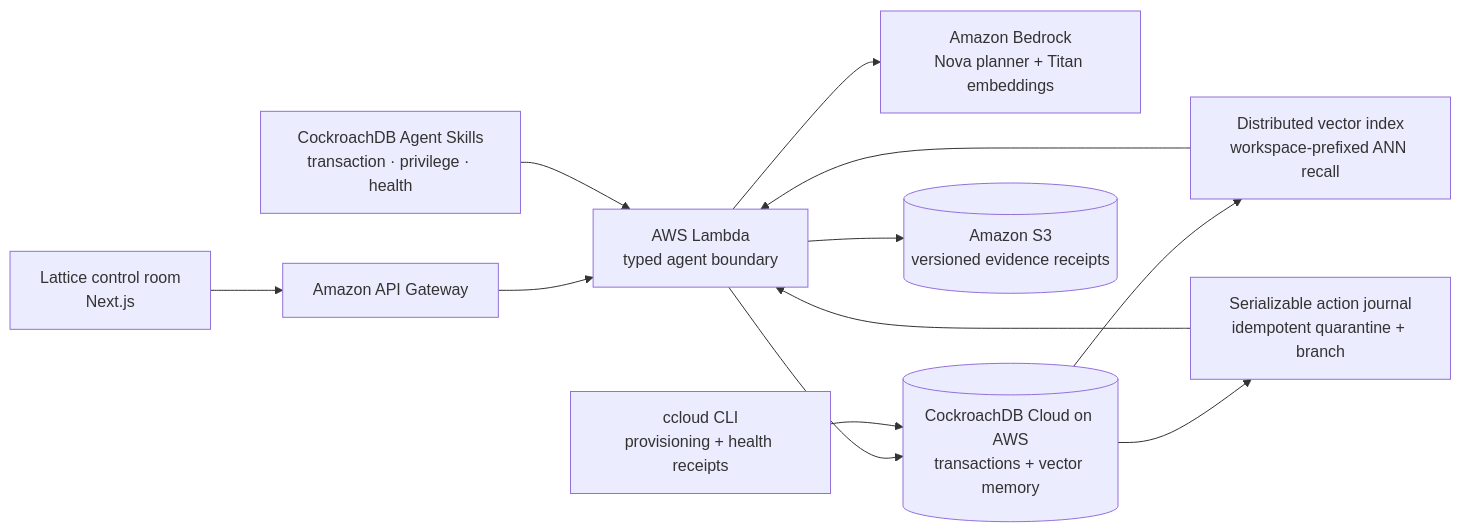
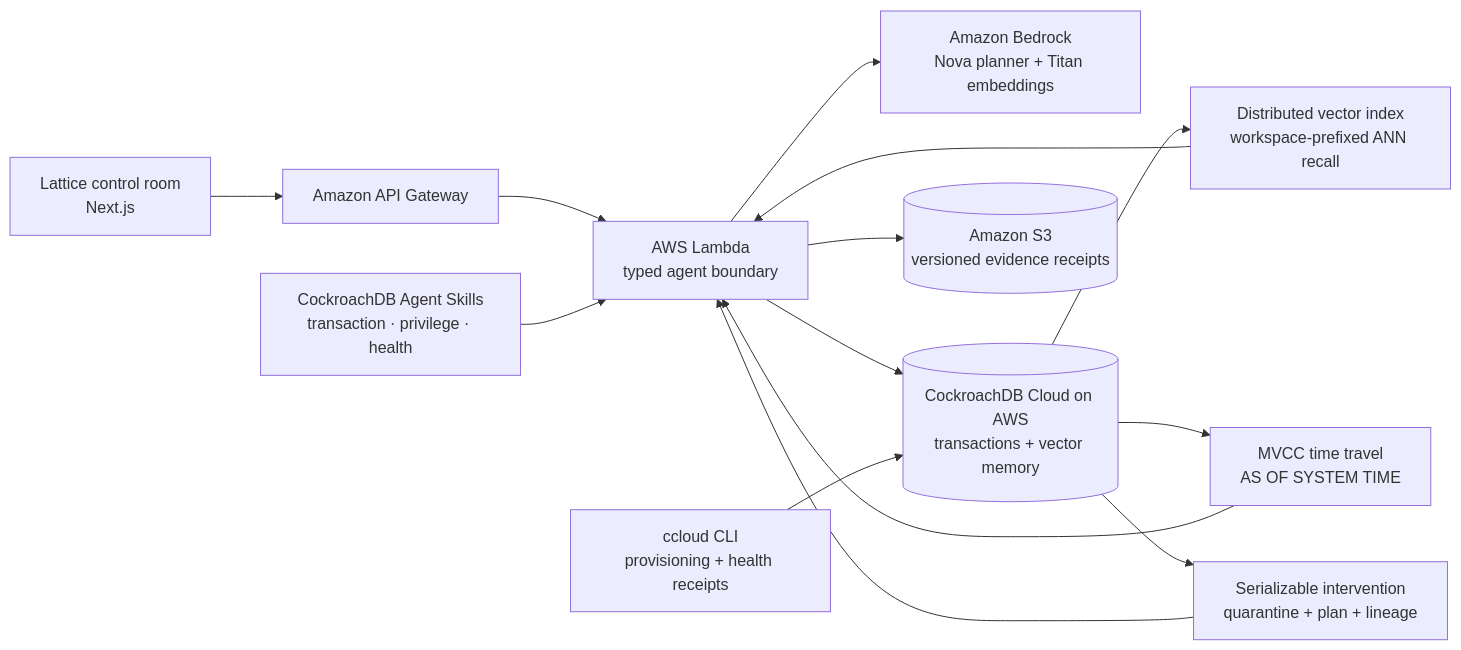
One commit to AdarshSingh-ASR/Lattice changed the diagram in README.md. Above: the diagram before and after it, drawn with Mermaid. The commit also changed other lines of this file and 17 other files, not shown here.

````diff
--- a/README.md
+++ b/README.md
@@ -48,16 +52,18 @@
 ```mermaid
 flowchart LR
     UI["Lattice control room<br/>Next.js"] --> API["Amazon API Gateway"]
     API --> AGENT["AWS Lambda<br/>typed agent boundary"]
     AGENT --> BEDROCK["Amazon Bedrock<br/>Nova planner + Titan embeddings"]
     AGENT --> CRDB[("CockroachDB Cloud on AWS<br/>transactions + vector memory")]
     AGENT --> S3[("Amazon S3<br/>versioned evidence receipts")]
 
     SKILLS["CockroachDB Agent Skills<br/>transaction · privilege · health"] --> AGENT
     CCLOUD["ccloud CLI<br/>provisioning + health receipts"] --> CRDB
 
     CRDB --> VECTOR["Distributed vector index<br/>workspace-prefixed ANN recall"]
-    CRDB --> JOURNAL["Serializable action journal<br/>idempotent quarantine + branch"]
+    CRDB --> TEMPORAL["MVCC time travel<br/>AS OF SYSTEM TIME"]
+    CRDB --> JOURNAL["Serializable intervention<br/>quarantine + plan + lineage"]
     VECTOR --> AGENT
+    TEMPORAL --> AGENT
     JOURNAL --> AGENT
 ```
````
